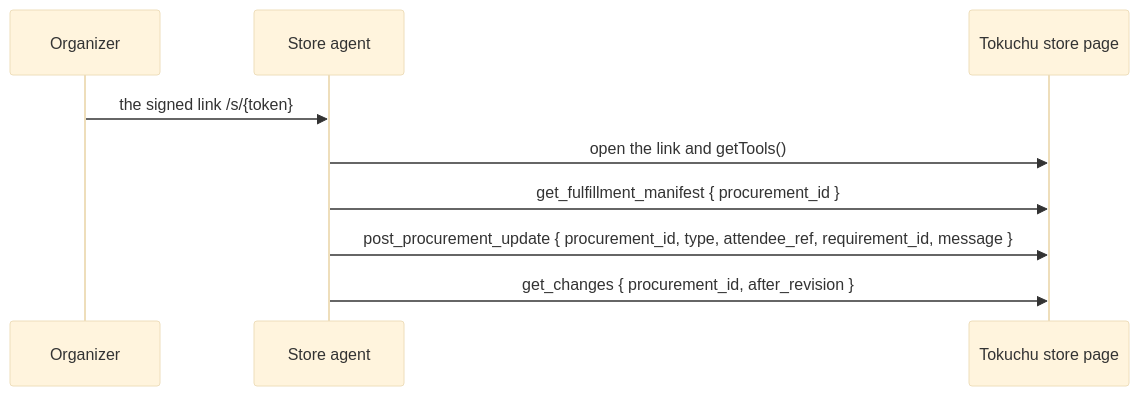
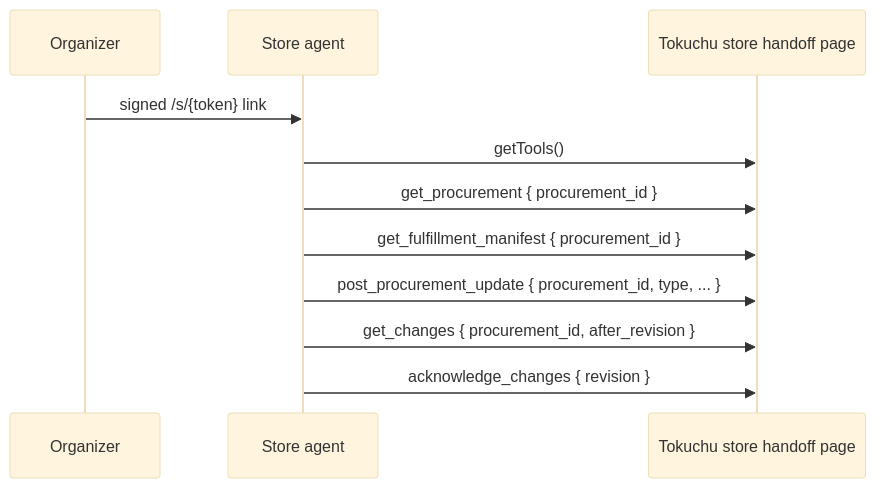
Before and after one commit to reversely/tokuchu: the second of 2 diagrams in README.md, drawn with Mermaid (base theme). The commit also changed other lines of this file, not shown here.

Commit message:
docs: clarify managed and agent handoff modes

````diff
--- a/README.md
+++ b/README.md
@@ -47,11 +143,13 @@
 ```mermaid
 sequenceDiagram
     participant O as Organizer
-    participant S as Store agent
-    participant P as Tokuchu store page
-    O->>S: the signed link /s/{token}
-    S->>P: open the link and getTools()
-    S->>P: get_fulfillment_manifest { procurement_id }
-    S->>P: post_procurement_update { procurement_id, type, attendee_ref, requirement_id, message }
-    S->>P: get_changes { procurement_id, after_revision }
+    participant V as Store agent
+    participant T as Tokuchu store handoff page
+    O->>V: signed /s/{token} link
+    V->>T: getTools()
+    V->>T: get_procurement { procurement_id }
+    V->>T: get_fulfillment_manifest { procurement_id }
+    V->>T: post_procurement_update { procurement_id, type, ... }
+    V->>T: get_changes { procurement_id, after_revision }
+    V->>T: acknowledge_changes { revision }
 ```
````
